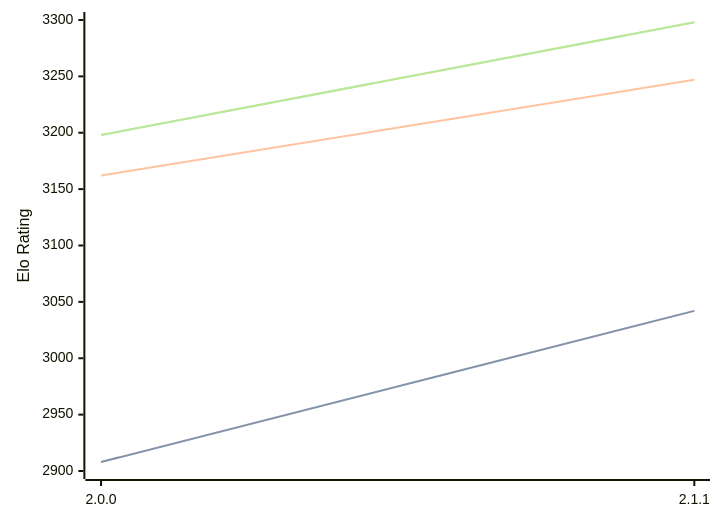
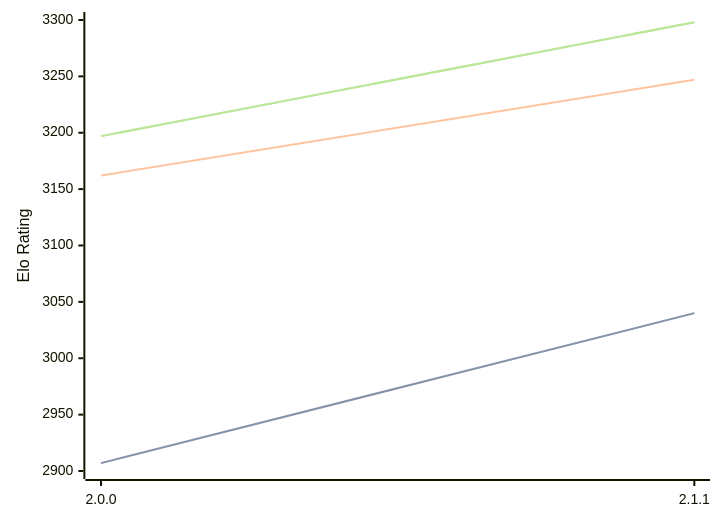
The diagram in engines/Bread.md (computer-chess-index/cci), drawn with Mermaid before and after one commit. The commit also changed other lines of this file, not shown here.

Commit message:
Update CCI Ratings (ELO VLTC) - 2026-03-04

````diff
--- a/engines/Bread.md
+++ b/engines/Bread.md
@@ -48,11 +48,11 @@
 ```mermaid
 %%{init: {"theme":"base","themeVariables":{"seriesColors:['#a3a3a3','#222221','#faa371']}}}%%
 xychart-beta
   x-axis ["2.0.0", "2.1.1"]
   y-axis "Elo Rating" 2900 --> 3300
-  line "STC (8.0+0.08s)" [2908, 3042]
-  line "STC (8.0+0.08s)" [2908, 3042]
+  line "STC (8.0+0.08s)" [2907, 3040]
+  line "STC (8.0+0.08s)" [2907, 3040]
   line "LTC (60.0+0.60s)" [3162, 3247]
-  line "VLTC (2m24s+1.12s)" [3198, 3298]
-  line "VLTC (2m24s+1.12s)" [3198, 3298]
+  line "VLTC (2m24s+1.12s)" [3197, 3298]
+  line "VLTC (2m24s+1.12s)" [3197, 3298]
 ```
````
